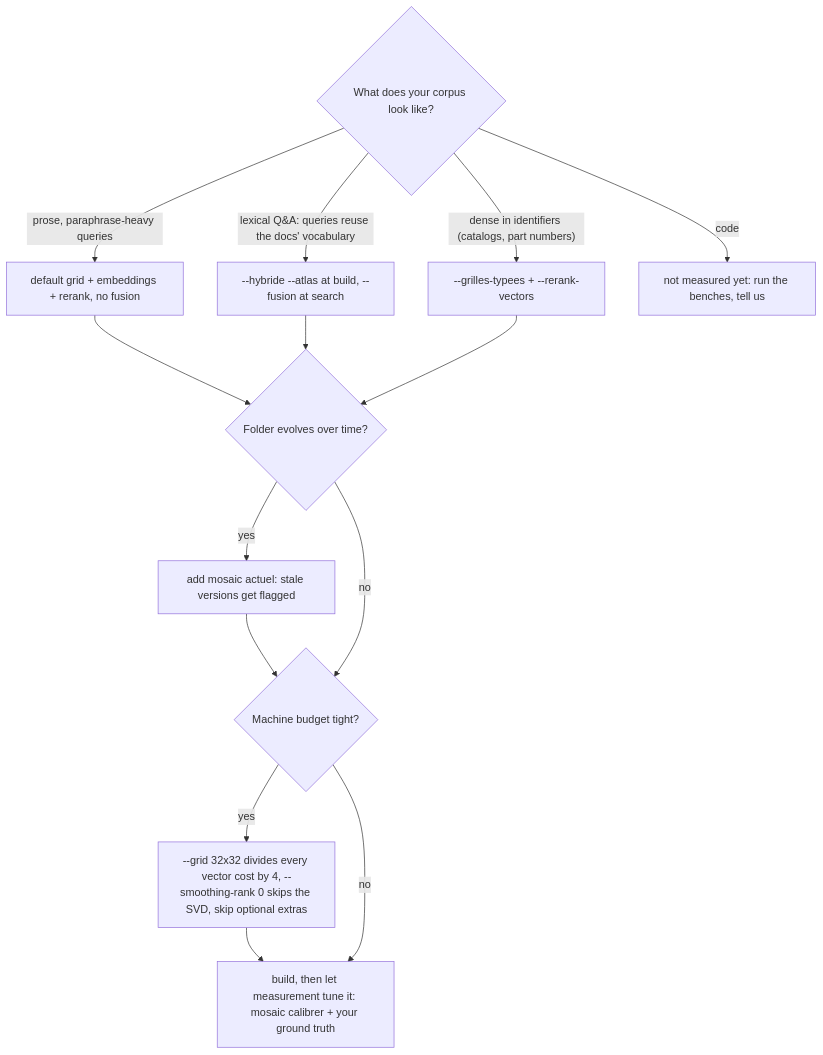
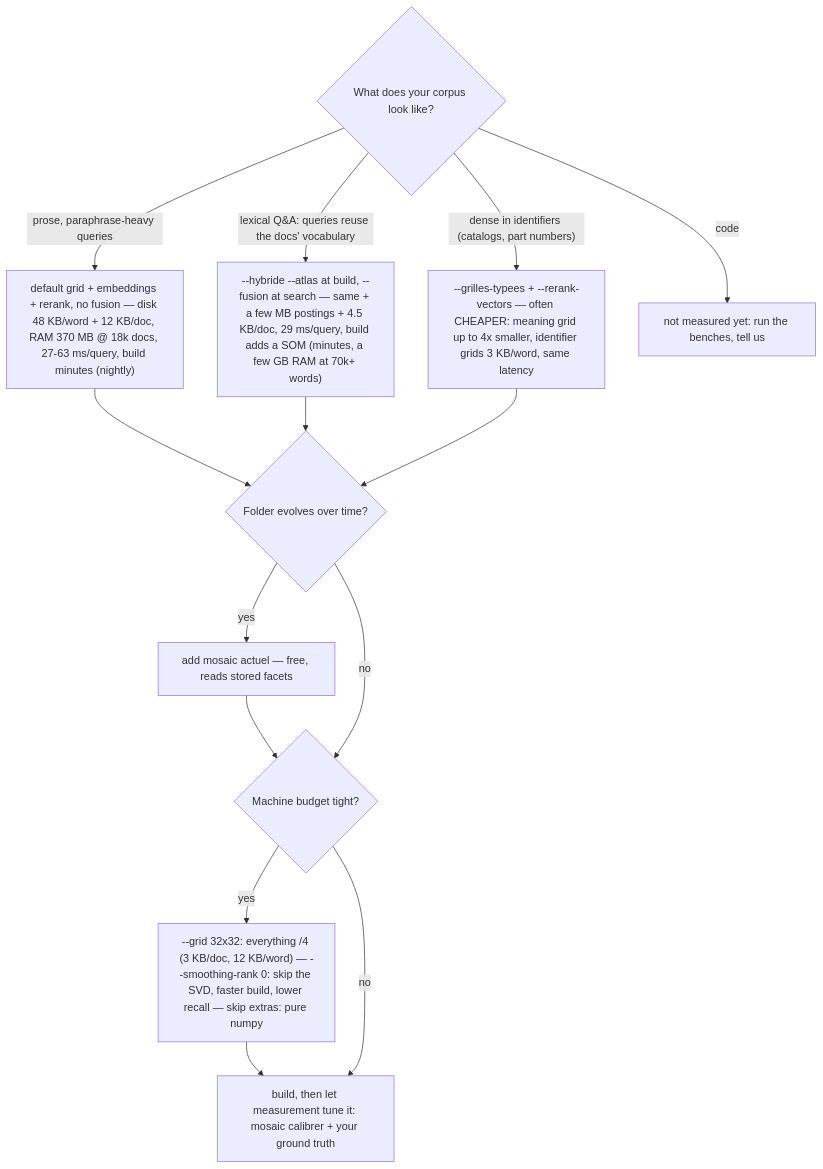
The diagram in README.md (alexxb2mg-svg/Mosaic), drawn with Mermaid before and after one commit.

Commit message:
docs(readme): the decision graph carries the bill — numbers in every node
The graph is what the eye follows first, and it had zero figures: users picked
a branch without seeing the cost. Every setup node now states its bill inline
(disk per word/doc, serving RAM, query latency, build behavior), the frugal
branch states what each lever buys (grid 32x32: everything /4), and 'mosaic
actuel' says free. Same figures as the table below — one source of truth,
two renderings.

````diff
--- a/README.md
+++ b/README.md
@@ -76,15 +76,15 @@
 ```mermaid
 flowchart TD
     Q{"What does your corpus look like?"}
-    Q -->|"prose, paraphrase-heavy queries"| A["default grid + embeddings + rerank, no fusion"]
-    Q -->|"lexical Q&A: queries reuse the docs' vocabulary"| B["--hybride --atlas at build, --fusion at search"]
-    Q -->|"dense in identifiers (catalogs, part numbers)"| C["--grilles-typees + --rerank-vectors"]
+    Q -->|"prose, paraphrase-heavy queries"| A["default grid + embeddings + rerank, no fusion — disk 48 KB/word + 12 KB/doc, RAM 370 MB @ 18k docs, 27-63 ms/query, build minutes (nightly)"]
+    Q -->|"lexical Q&A: queries reuse the docs' vocabulary"| B["--hybride --atlas at build, --fusion at search — same + a few MB postings + 4.5 KB/doc, 29 ms/query, build adds a SOM (minutes, a few GB RAM at 70k+ words)"]
+    Q -->|"dense in identifiers (catalogs, part numbers)"| C["--grilles-typees + --rerank-vectors — often CHEAPER: meaning grid up to 4x smaller, identifier grids 3 KB/word, same latency"]
     Q -->|"code"| U["not measured yet: run the benches, tell us"]
     A --> T{"Folder evolves over time?"}
     B --> T
     C --> T
-    T -->|"yes"| V["add mosaic actuel: stale versions get flagged"] --> M
+    T -->|"yes"| V["add mosaic actuel — free, reads stored facets"] --> M
     T -->|"no"| M{"Machine budget tight?"}
-    M -->|"yes"| S["--grid 32x32 divides every vector cost by 4, --smoothing-rank 0 skips the SVD, skip optional extras"] --> DONE
+    M -->|"yes"| S["--grid 32x32: everything /4 (3 KB/doc, 12 KB/word) — --smoothing-rank 0: skip the SVD, faster build, lower recall — skip extras: pure numpy"] --> DONE
     M -->|"no"| DONE["build, then let measurement tune it: mosaic calibrer + your ground truth"]
 ```
````
